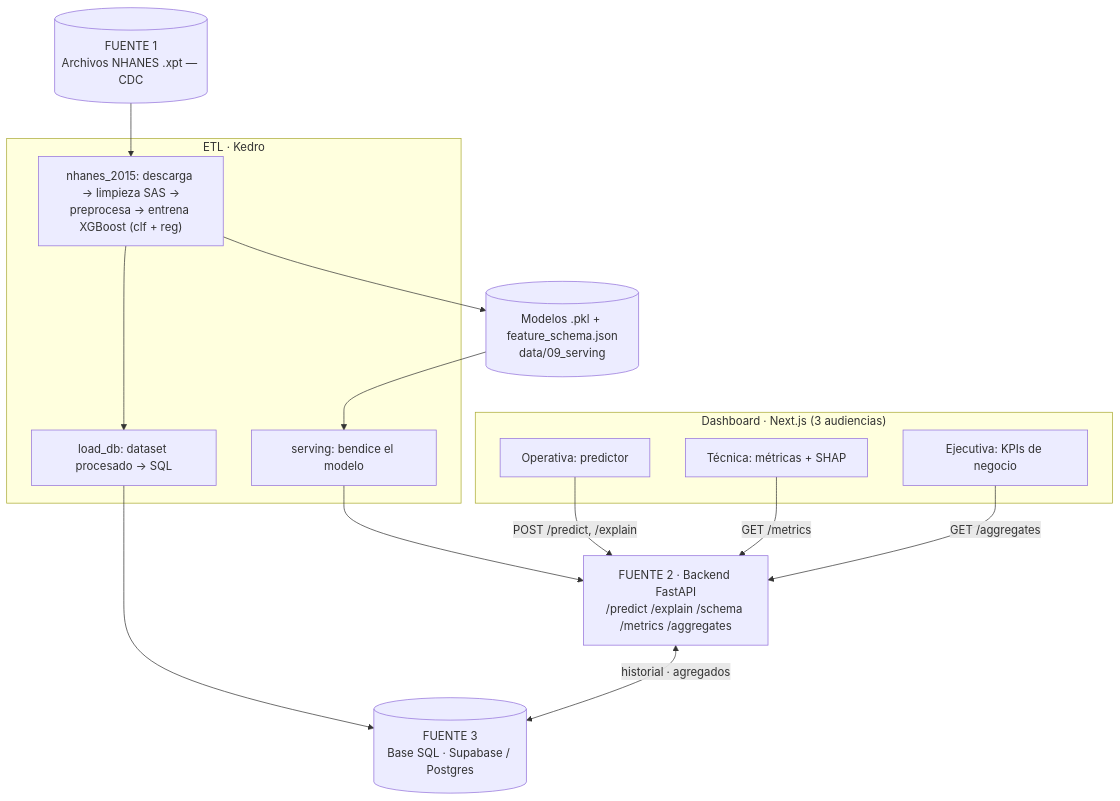
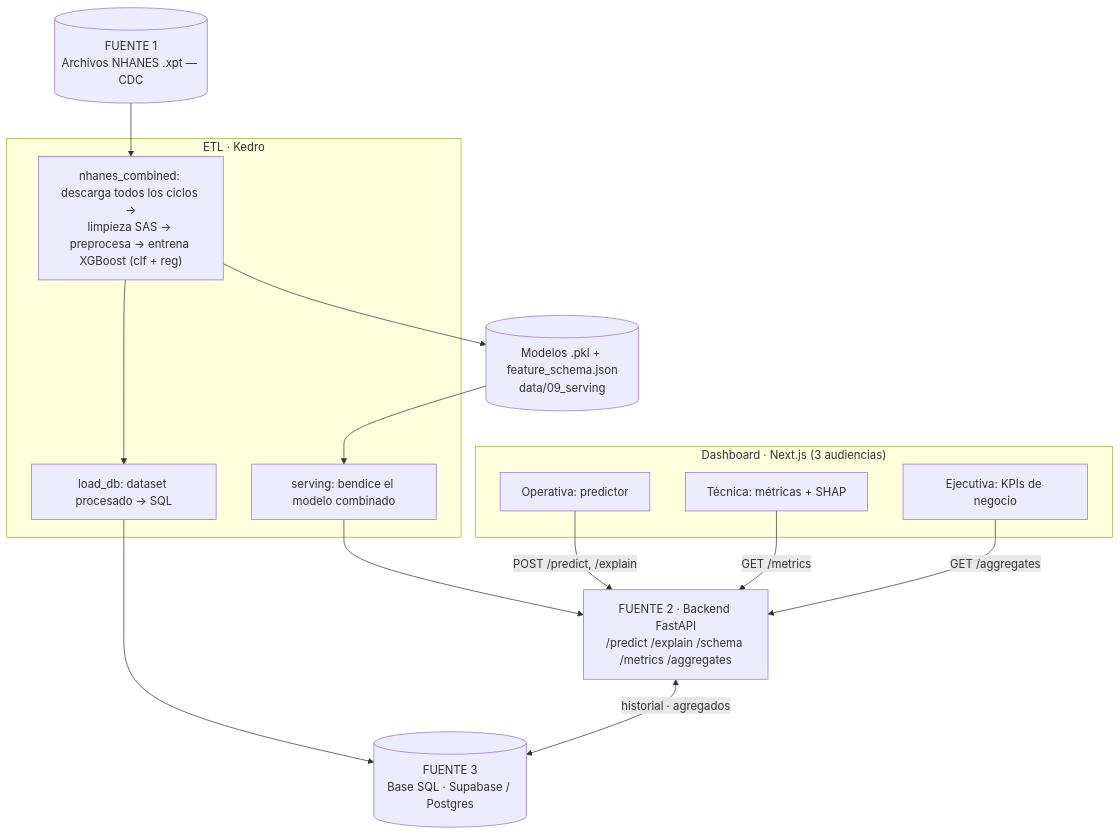
One commit to Unknumb/ev3_nanhes changed the first of 4 diagrams in docs/arquitectura.md. Above: the diagram before and after it, drawn with Mermaid. The commit also changed other lines of this file and 22 other files, not shown here.

First line of the commit message:
feat(model): modelo combinado único + features PhenoAge y cuestionario

````diff
--- a/docs/arquitectura.md
+++ b/docs/arquitectura.md
@@ -20,29 +20,29 @@
 ```mermaid
 flowchart TD
     CDC[("FUENTE 1<br/>Archivos NHANES .xpt — CDC")]
 
     subgraph ETL["ETL · Kedro"]
-        TRAIN["nhanes_2015: descarga → limpieza SAS →<br/>preprocesa → entrena XGBoost (clf + reg)"]
-        SERV["serving: bendice el modelo"]
+        TRAIN["nhanes_combined: descarga todos los ciclos →<br/>limpieza SAS → preprocesa → entrena XGBoost (clf + reg)"]
+        SERV["serving: bendice el modelo combinado"]
         LOADDB["load_db: dataset procesado → SQL"]
     end
 
     MODELS[("Modelos .pkl + feature_schema.json<br/>data/09_serving")]
 
     API["FUENTE 2 · Backend FastAPI<br/>/predict /explain /schema /metrics /aggregates"]
 
     SQL[("FUENTE 3<br/>Base SQL · Supabase / Postgres")]
 
     subgraph DASH["Dashboard · Next.js (3 audiencias)"]
         OPER["Operativa: predictor"]
         TECH["Técnica: métricas + SHAP"]
         EXEC["Ejecutiva: KPIs de negocio"]
     end
 
     CDC --> TRAIN --> MODELS --> SERV --> API
     TRAIN --> LOADDB --> SQL
     API <-->|"historial · agregados"| SQL
     OPER -->|"POST /predict, /explain"| API
     TECH -->|"GET /metrics"| API
     EXEC -->|"GET /aggregates"| API
 ```
````
